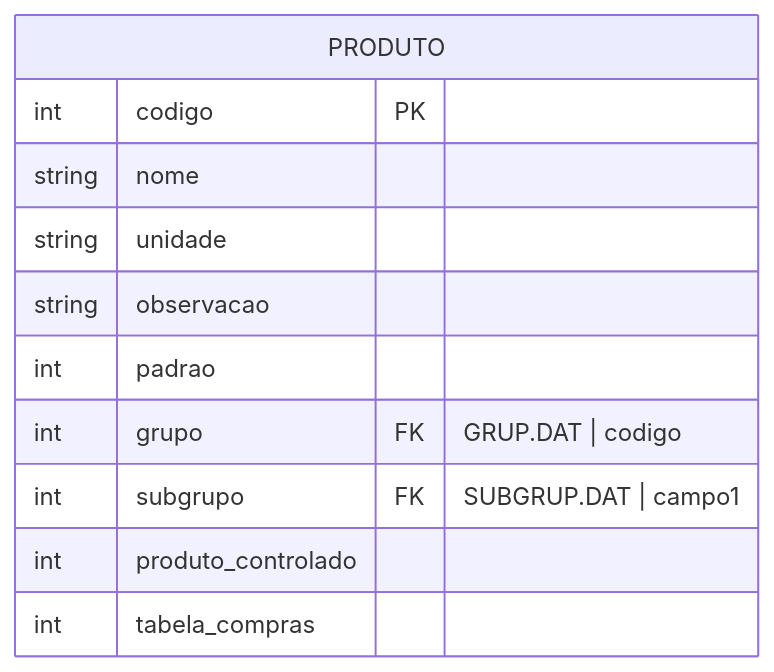
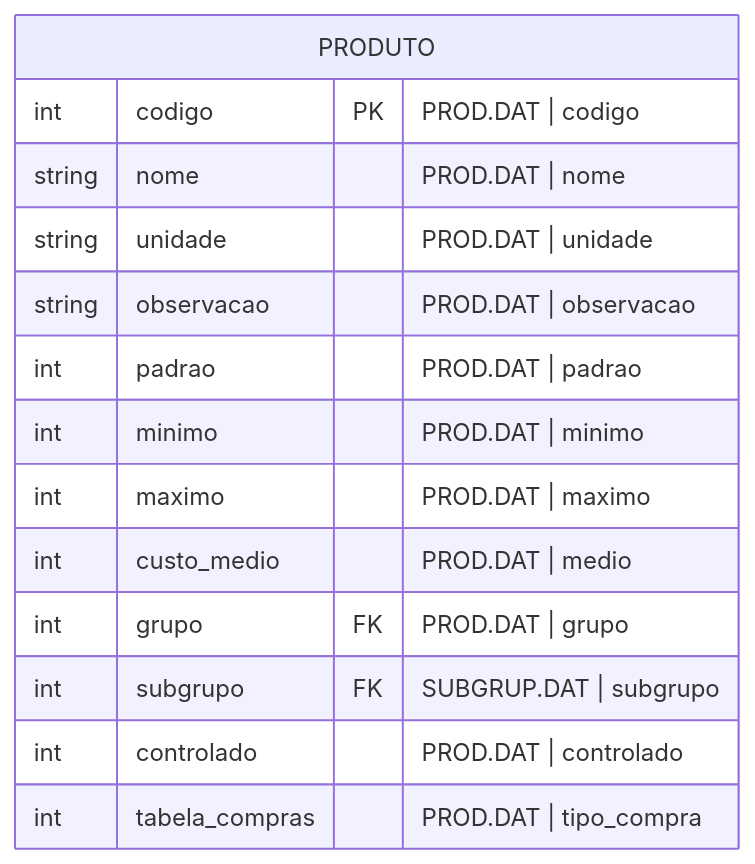
Before and after one commit to Nicolas-CustomCode/refactor-hospital-maternidade: the diagram in Módulos/Estoque/Entidade/Produto (PROD.DAT).md, drawn with Mermaid. The commit also changed other lines of this file and 9 other files, not shown here.

````diff
--- a/Módulos/Estoque/Entidade/Produto (PROD.DAT).md
+++ b/Módulos/Estoque/Entidade/Produto (PROD.DAT).md
@@ -10,16 +10,17 @@
 ```mermaid
 erDiagram
 PRODUTO {
-	int codigo PK
-	string nome
-	string unidade
-	string observacao
-	int padrao
-	
-	int grupo FK "GRUP.DAT | codigo"
-	int subgrupo FK "SUBGRUP.DAT | campo1"
-	
-	int produto_controlado
-	int tabela_compras
+	int codigo PK "PROD.DAT | codigo"
+	string nome "PROD.DAT | nome"
+	string unidade "PROD.DAT | unidade"
+	string observacao "PROD.DAT | observacao"
+	int padrao "PROD.DAT | padrao"
+	int minimo "PROD.DAT | minimo"
+	int maximo "PROD.DAT | maximo"
+	int custo_medio "PROD.DAT | medio"
+	int grupo FK "PROD.DAT | grupo"
+	int subgrupo FK "SUBGRUP.DAT | subgrupo"
+	int controlado "PROD.DAT | controlado"
+	int tabela_compras "PROD.DAT | tipo_compra"
 }
 ```
````
